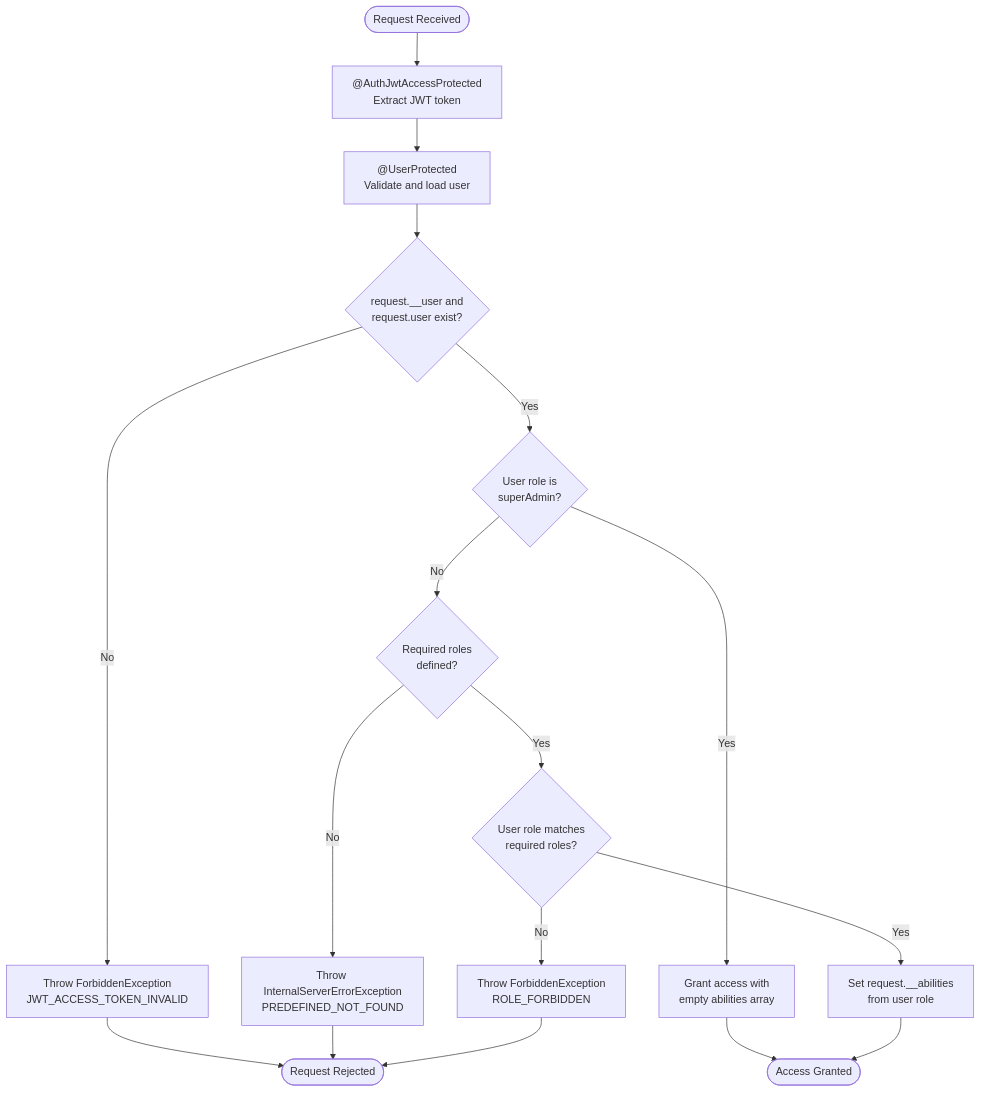
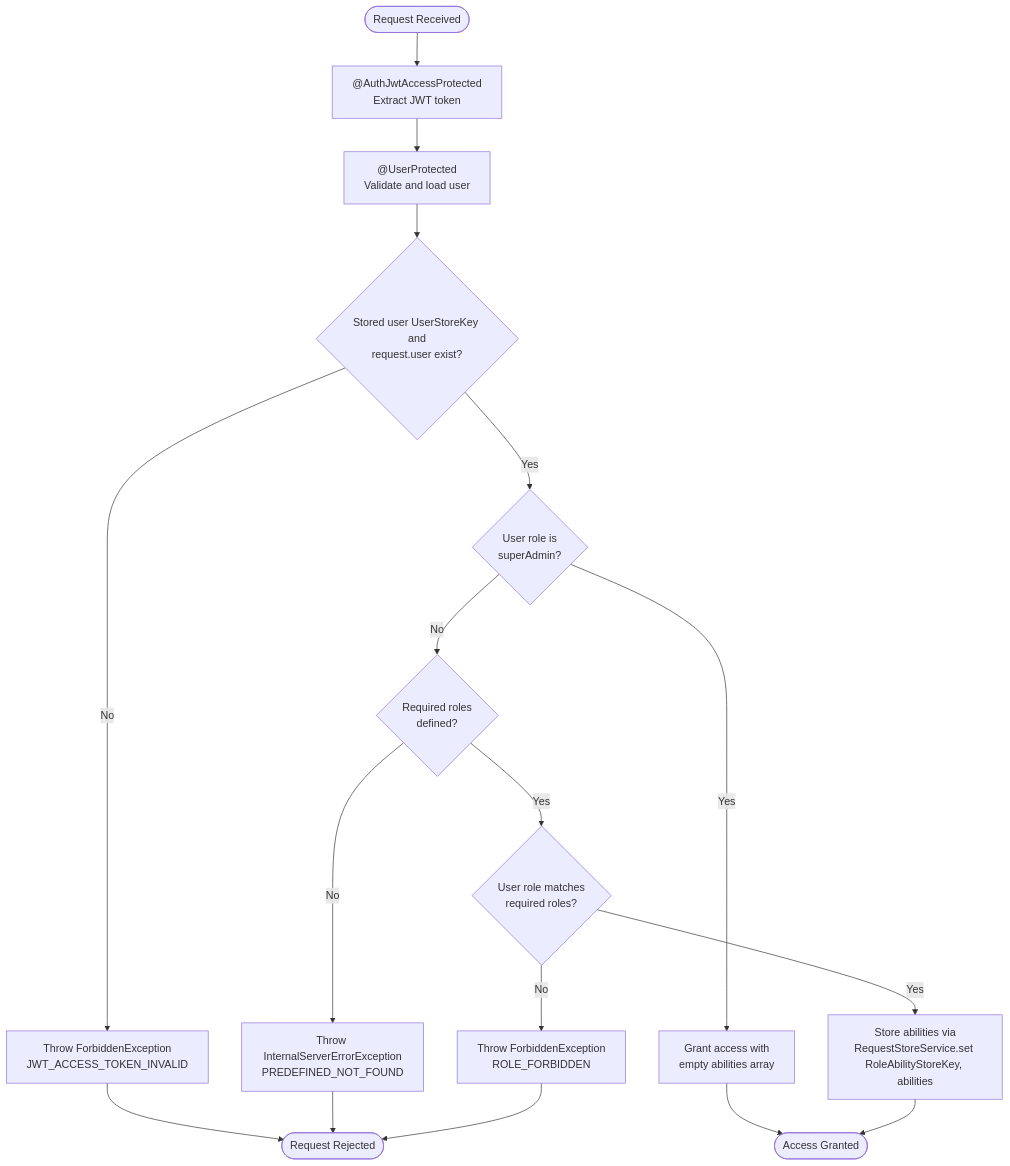
Before and after one commit to andrechristikan/ack-nestjs-boilerplate: the second of 5 diagrams in docs/authorization.md, drawn with Mermaid. The commit also changed other lines of this file and 12 other files, not shown here.

````diff
--- a/docs/authorization.md
+++ b/docs/authorization.md
@@ -241,25 +241,25 @@
 ```mermaid
 flowchart TD
     Start([Request Received]) --> JwtGuard[ @AuthJwtAccessProtected<br/>Extract JWT token]
     JwtGuard --> UserGuard[ @UserProtected<br/>Validate and load user]
-    UserGuard --> CheckUser{request.__user and<br/>request.user exist?}
+    UserGuard --> CheckUser{Stored user UserStoreKey and<br/>request.user exist?}
     
     CheckUser -->|No| ErrorUser[Throw ForbiddenException<br/>JWT_ACCESS_TOKEN_INVALID]
     CheckUser -->|Yes| CheckSuperAdmin{User role is<br/>superAdmin?}
     
     CheckSuperAdmin -->|Yes| GrantSuperAdmin[Grant access with<br/>empty abilities array]
     CheckSuperAdmin -->|No| CheckRequired{Required roles<br/>defined?}
     
     CheckRequired -->|No| ErrorPredefined[Throw InternalServerErrorException<br/>PREDEFINED_NOT_FOUND]
     CheckRequired -->|Yes| CheckRoleMatch{User role matches<br/>required roles?}
     
     CheckRoleMatch -->|No| ErrorForbidden[Throw ForbiddenException<br/>ROLE_FORBIDDEN]
-    CheckRoleMatch -->|Yes| SetAbilities[Set request.__abilities<br/>from user role]
+    CheckRoleMatch -->|Yes| SetAbilities[Store abilities via<br/>RequestStoreService.set RoleAbilityStoreKey, abilities]
     
     GrantSuperAdmin --> Success([Access Granted])
     SetAbilities --> Success
     
     ErrorUser --> End([Request Rejected])
     ErrorPredefined --> End
     ErrorForbidden --> End
 ```
````
